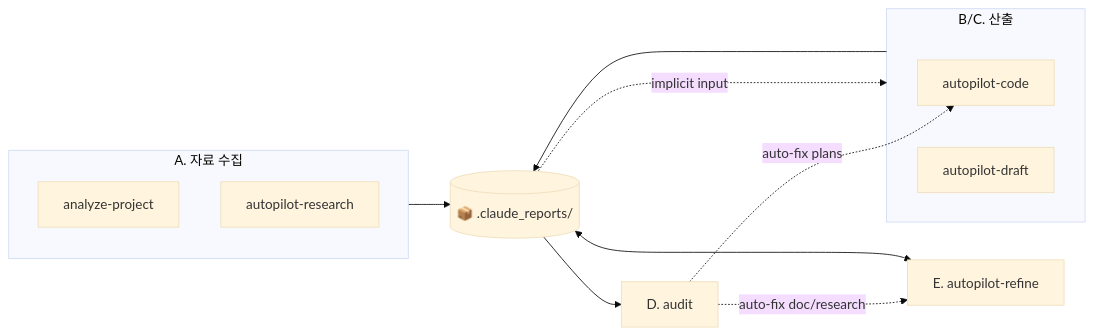
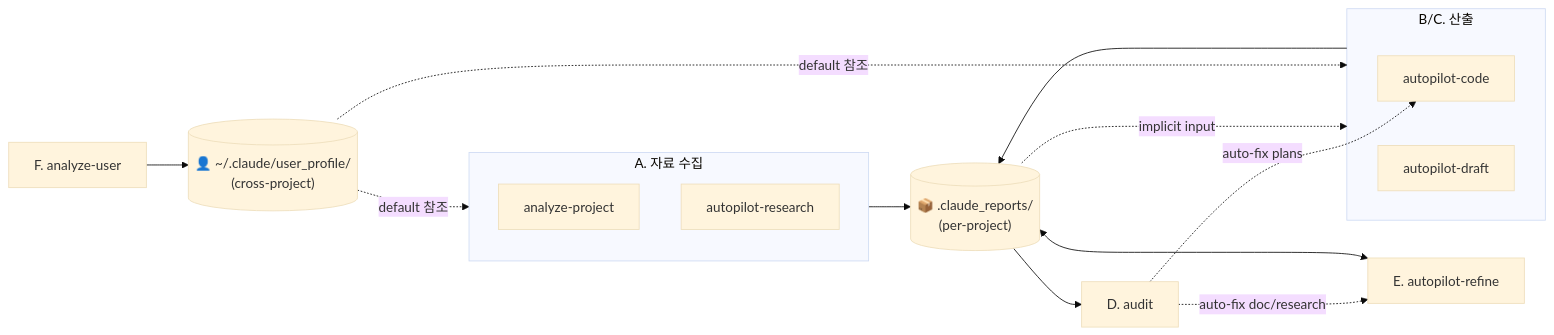
One commit to dmlguq456/agent_setting changed the second of 2 diagrams in README.md. Above: the diagram before and after it, drawn with Mermaid (base theme). The commit also changed other lines of this file and 3 other files, not shown here.

First line of the commit message:
fix(editorial+analyze-user): 편집팀 범위 좁힘 + analyze-user 3-instance consensus

````diff
--- a/README.md
+++ b/README.md
@@ -38,21 +48,26 @@
 ```mermaid
 flowchart LR
     subgraph IN["A. 자료 수집"]
         ANA2["analyze-project"]
         RES2["autopilot-research"]
     end
     subgraph PROD["B/C. 산출"]
         CODE2["autopilot-code"]
         DOC2["autopilot-draft"]
     end
     AUD2["D. audit"]
     REF2["E. autopilot-refine"]
-    OUT[("📦 .claude_reports/")]
+    OUT[("📦 .claude_reports/<br/>(per-project)")]
+    AU2["F. analyze-user"]
+    UP[("👤 ~/.claude/user_profile/<br/>(cross-project)")]
     IN --> OUT
     OUT -.->|implicit input| PROD
     PROD --> OUT
     OUT --> AUD2
     AUD2 -.->|auto-fix plans| CODE2
     AUD2 -.->|auto-fix doc/research| REF2
     OUT <--> REF2
+    AU2 --> UP
+    UP -.->|default 참조| PROD
+    UP -.->|default 참조| IN
 ```
````
